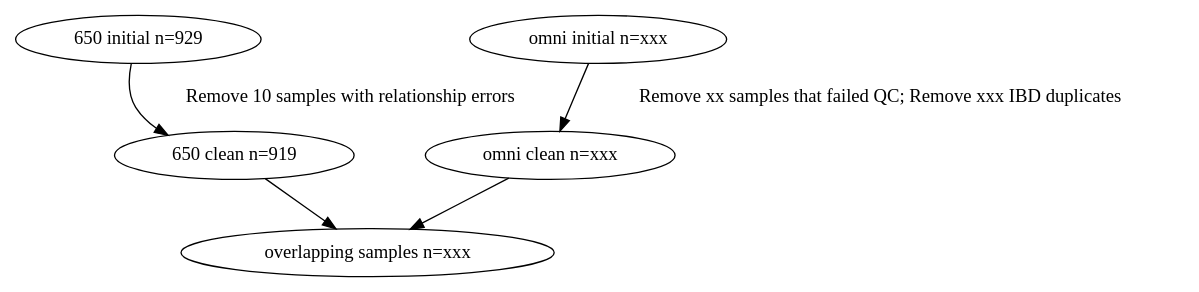
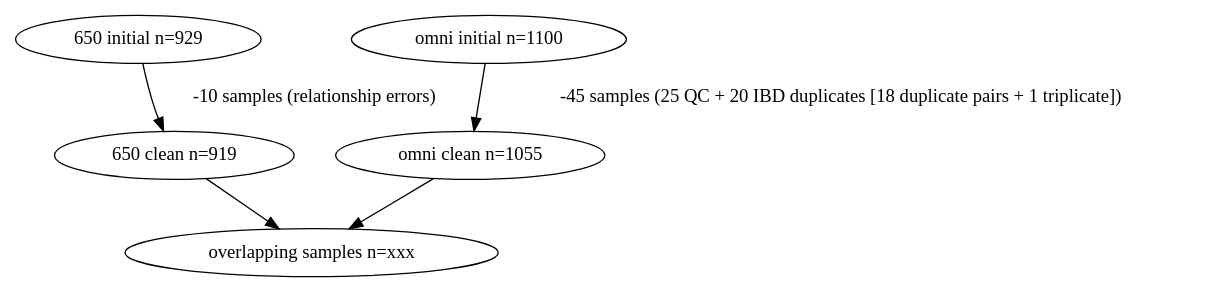
Before and after one commit to TOPMed-BAGS/sample_identity: the diagram in scripts/flow.dot, drawn with Graphviz. The commit also changed 5 other files, not shown here.

```diff
--- a/scripts/flow.dot
+++ b/scripts/flow.dot
@@ -1,9 +1,9 @@
 #!dot
 digraph {
-    "650 initial n=929" -> "650 clean n=919"[label=" Remove 10 samples with relationship errors"];
+    "650 initial n=929" -> "650 clean n=919"[label=" -10 samples (relationship errors)"];
 
-    "omni initial n=xxx" -> "omni clean n=xxx"[label=" Remove xx samples that failed QC; Remove xxx IBD duplicates"];
+    "omni initial n=1100" -> "omni clean n=1055"[label=" -45 samples (25 QC + 20 IBD duplicates [18 duplicate pairs + 1 triplicate])"];
 
     "650 clean n=919" -> "overlapping samples n=xxx";
-    "omni clean n=xxx" ->  "overlapping samples n=xxx";
+    "omni clean n=1055" ->  "overlapping samples n=xxx";
 }
```
